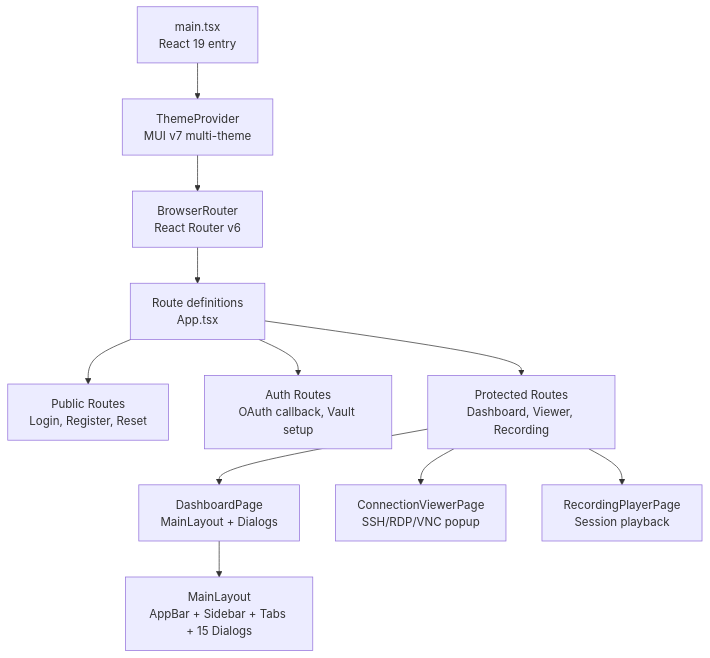
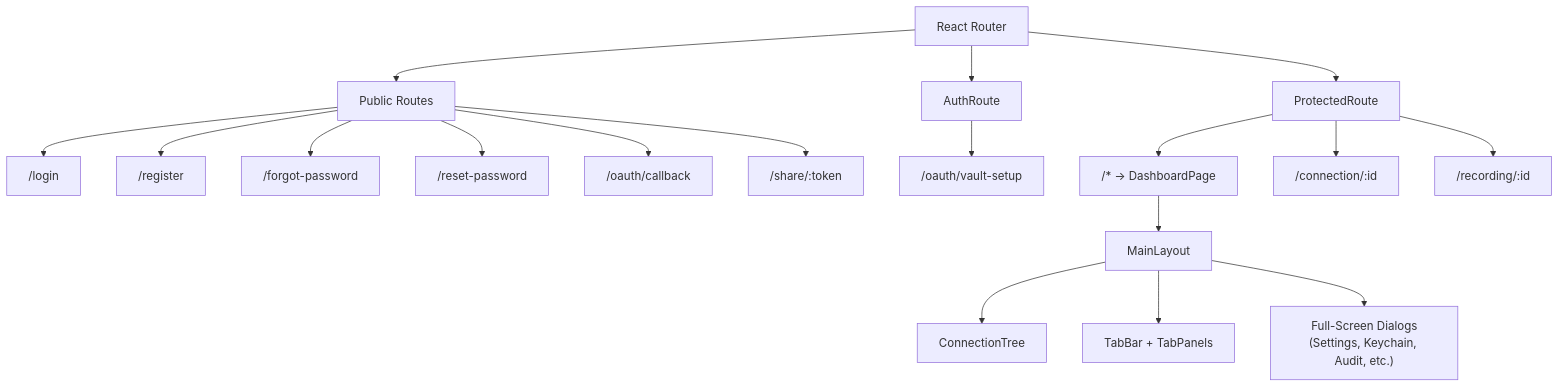
The fourth of 11 diagrams in docs/architecture.md (dnviti/remote-desktop-manager), drawn with Mermaid before and after one commit. The commit also changed other lines of this file and 9 other files, not shown here.

````diff
--- a/docs/architecture.md
+++ b/docs/architecture.md
@@ -148,16 +286,25 @@
 ```mermaid
 flowchart TD
-    Main["main.tsx<br/>React 19 entry"] --> ThemeProvider["ThemeProvider<br/>MUI v7 multi-theme"]
-    ThemeProvider --> Router["BrowserRouter<br/>React Router v6"]
-    Router --> Routes["Route definitions<br/>App.tsx"]
+    Router["React Router"]
+    Router --> Public["Public Routes"]
+    Router --> Auth["AuthRoute"]
+    Router --> Protected["ProtectedRoute"]
 
-    Routes --> Public["Public Routes<br/>Login, Register, Reset"]
-    Routes --> Auth["Auth Routes<br/>OAuth callback, Vault setup"]
-    Routes --> Protected["Protected Routes<br/>Dashboard, Viewer, Recording"]
+    Public --> Login["/login"]
+    Public --> Register["/register"]
+    Public --> Forgot["/forgot-password"]
+    Public --> Reset["/reset-password"]
+    Public --> OAuthCB["/oauth/callback"]
+    Public --> Share["/share/:token"]
 
-    Protected --> Dashboard["DashboardPage<br/>MainLayout + Dialogs"]
-    Protected --> Viewer["ConnectionViewerPage<br/>SSH/RDP/VNC popup"]
-    Protected --> Recording["RecordingPlayerPage<br/>Session playback"]
+    Auth --> VaultSetup["/oauth/vault-setup"]
 
-    Dashboard --> MainLayout["MainLayout<br/>AppBar + Sidebar + Tabs + 15 Dialogs"]
+    Protected --> Dashboard["/* → DashboardPage"]
+    Protected --> Viewer["/connection/:id"]
+    Protected --> Recording["/recording/:id"]
+
+    Dashboard --> MainLayout["MainLayout"]
+    MainLayout --> Sidebar["ConnectionTree"]
+    MainLayout --> TabBar["TabBar + TabPanels"]
+    MainLayout --> Dialogs["Full-Screen Dialogs<br/>(Settings, Keychain, Audit, etc.)"]
 ```
````
